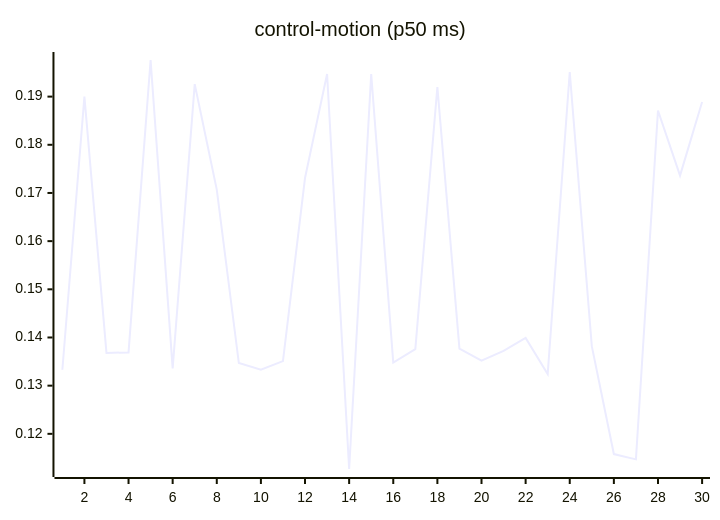
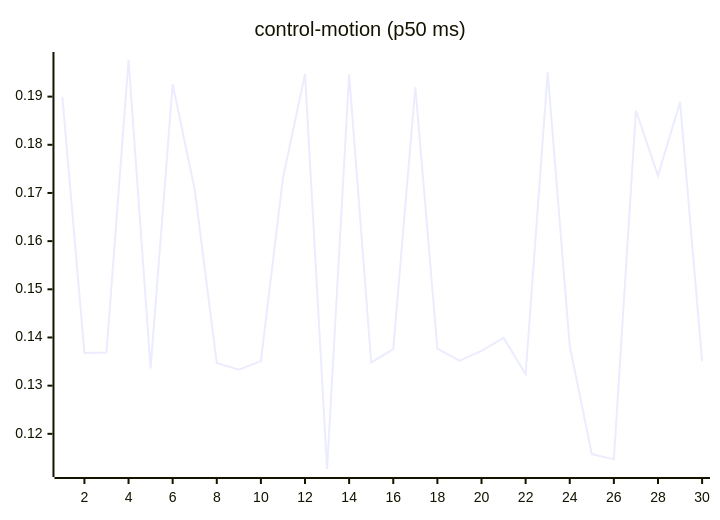
Before and after one commit to josha/Facet: the seventh of 27 diagrams in README.md, drawn with Mermaid. The commit also changed other lines of this file and 2 other files, not shown here.

````diff
--- a/README.md
+++ b/README.md
@@ -105,6 +105,6 @@
 ```mermaid
 xychart-beta
     title "control-motion (p50 ms)"
     x-axis 1 --> 30
-    line [0.1333, 0.1900, 0.1368, 0.1369, 0.1976, 0.1336, 0.1926, 0.1707, 0.1347, 0.1333, 0.1351, 0.1731, 0.1947, 0.1127, 0.1947, 0.1348, 0.1376, 0.1920, 0.1377, 0.1352, 0.1372, 0.1399, 0.1324, 0.1951, 0.1382, 0.1158, 0.1147, 0.1871, 0.1736, 0.1889]
+    line [0.1900, 0.1368, 0.1369, 0.1976, 0.1336, 0.1926, 0.1707, 0.1347, 0.1333, 0.1351, 0.1731, 0.1947, 0.1127, 0.1947, 0.1348, 0.1376, 0.1920, 0.1377, 0.1352, 0.1372, 0.1399, 0.1324, 0.1951, 0.1382, 0.1158, 0.1147, 0.1871, 0.1736, 0.1889, 0.1351]
 ```
````
